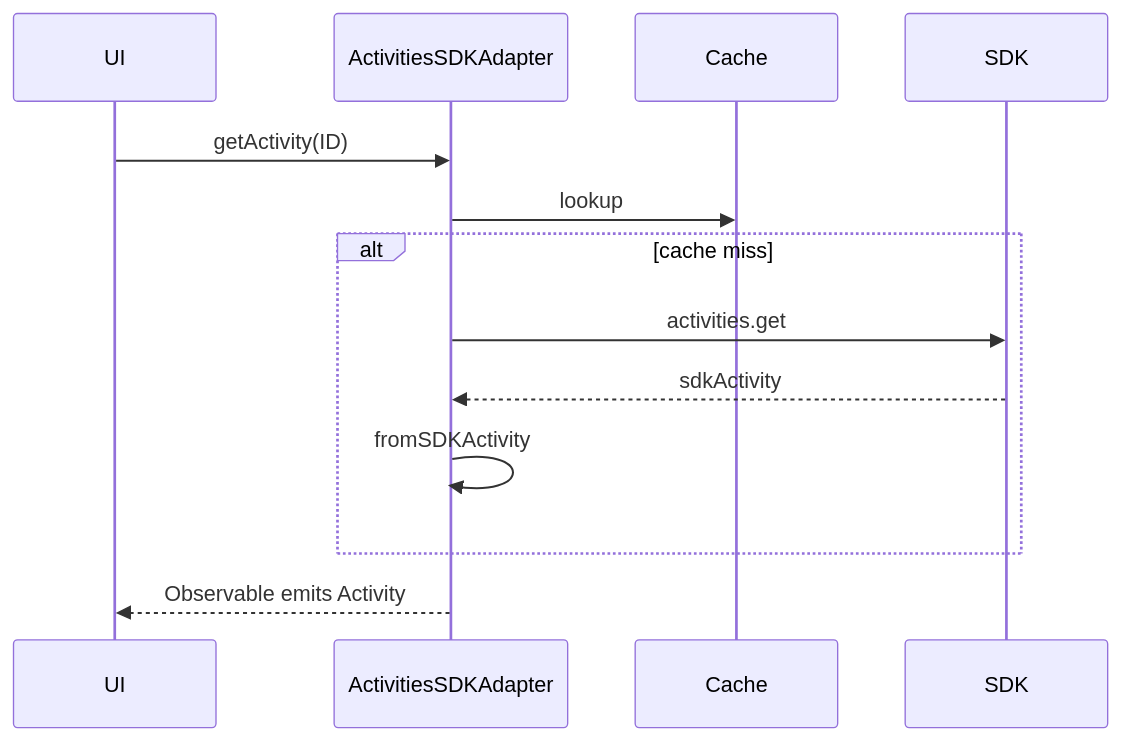
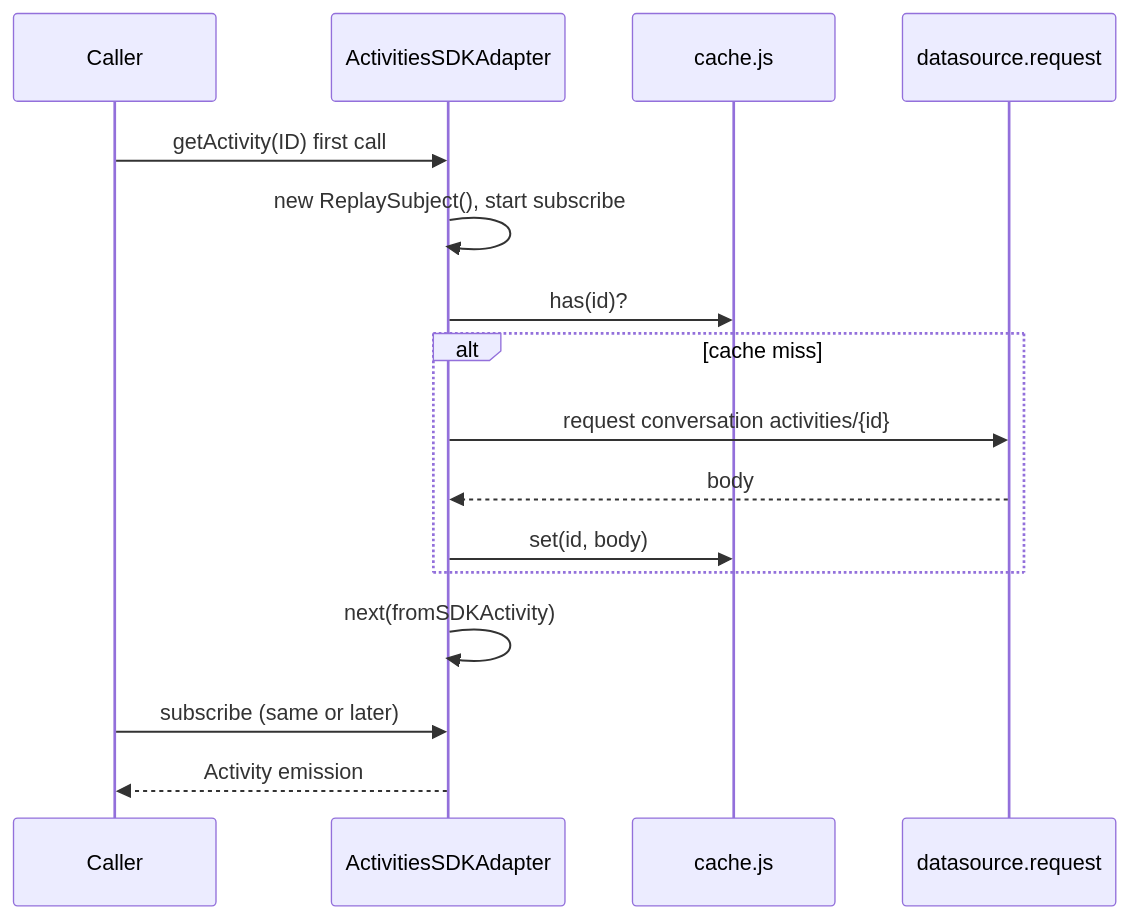
One commit to webex/sdk-component-adapter changed the second of 3 diagrams in src/ai-docs/activities-sdk-adapter-spec.md. Above: the diagram before and after it, drawn with Mermaid. The commit also changed other lines of this file and 17 other files, not shown here.

````diff
--- a/src/ai-docs/activities-sdk-adapter-spec.md
+++ b/src/ai-docs/activities-sdk-adapter-spec.md
@@ -102,16 +131,19 @@
 ```mermaid
 sequenceDiagram
-  participant UI
+  participant Caller
   participant Adapter as ActivitiesSDKAdapter
-  participant Cache
-  participant SDK
+  participant Cache as cache.js
+  participant SDK as datasource.request
 
-  UI->>Adapter: getActivity(ID)
-  Adapter->>Cache: lookup
+  Caller->>Adapter: getActivity(ID) first call
+  Adapter->>Adapter: new ReplaySubject(), start subscribe
+  Adapter->>Cache: has(id)?
   alt cache miss
-    Adapter->>SDK: activities.get
-    SDK-->>Adapter: sdkActivity
-    Adapter->>Adapter: fromSDKActivity
+    Adapter->>SDK: request conversation activities/{id}
+    SDK-->>Adapter: body
+    Adapter->>Cache: set(id, body)
   end
-  Adapter-->>UI: Observable emits Activity
+  Adapter->>Adapter: next(fromSDKActivity)
+  Caller->>Adapter: subscribe (same or later)
+  Adapter-->>Caller: Activity emission
 ```
````
